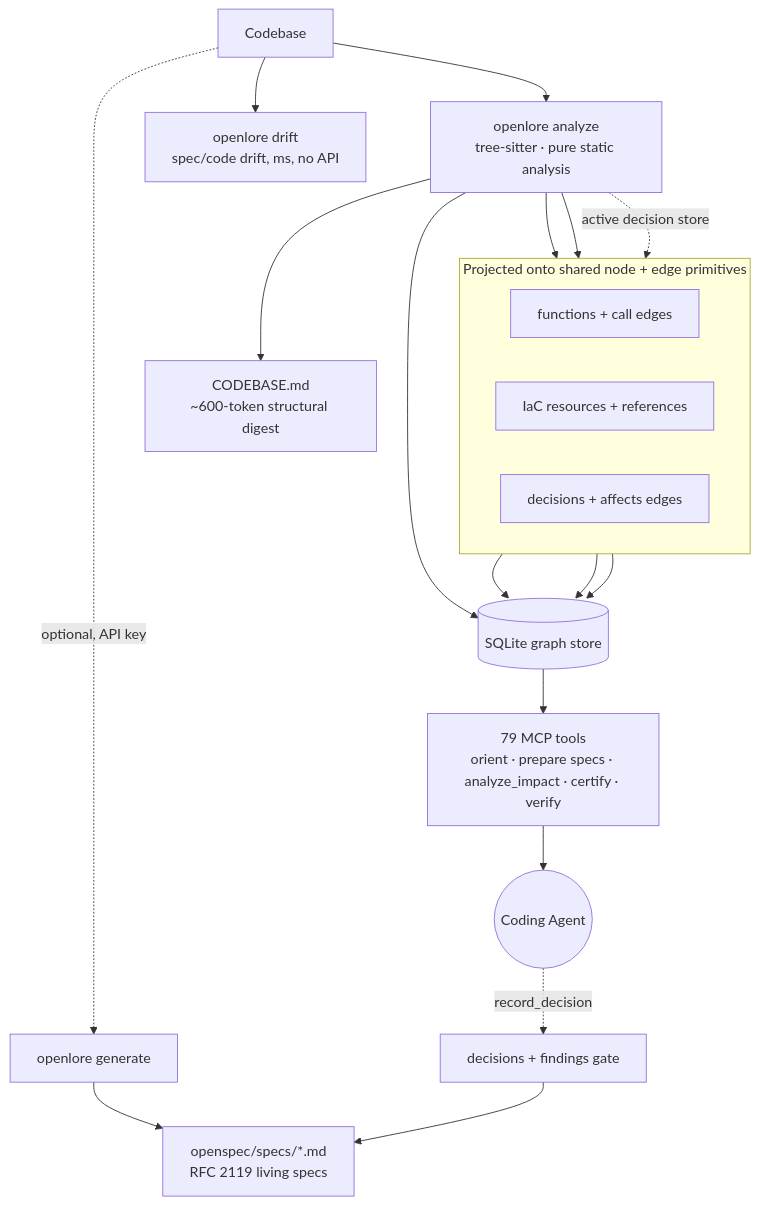
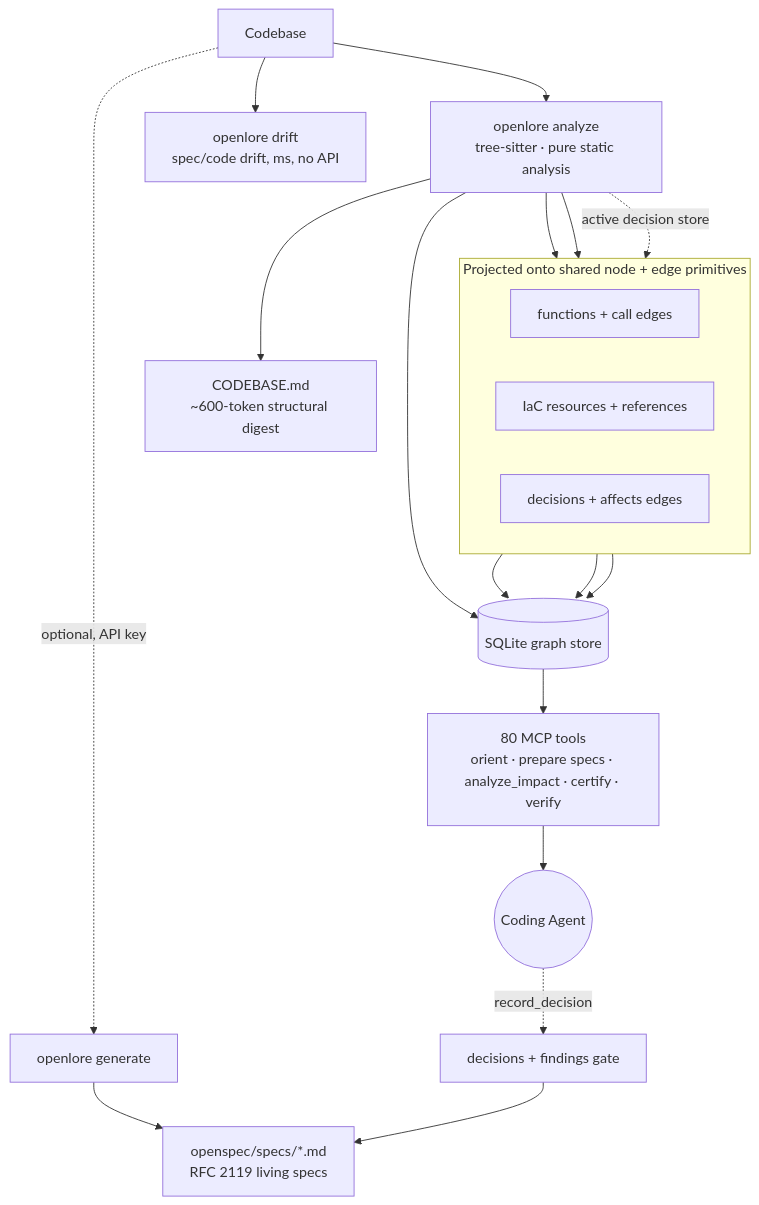
Before and after one commit to clay-good/OpenLore: the diagram in README.md, drawn with Mermaid. The commit also changed other lines of this file and 19 other files, not shown here.

````diff
--- a/README.md
+++ b/README.md
@@ -299,28 +299,28 @@
 ```mermaid
 flowchart TD
     Code[Codebase] --> Analyze[openlore analyze<br/>tree-sitter · pure static analysis]
     Analyze --> DB[(SQLite graph store)]
     Analyze --> Digest[CODEBASE.md<br/>~600-token structural digest]
 
     subgraph shared["Projected onto shared node + edge primitives"]
       direction LR
       CodeNodes[functions + call edges]
       Iac[IaC resources + references]
       Dec[decisions + affects edges]
     end
     Analyze --> CodeNodes
     Analyze --> Iac
     Analyze -. active decision store .-> Dec
     CodeNodes --> DB
     Iac --> DB
     Dec --> DB
 
-    DB --> MCP[79 MCP tools<br/>orient · prepare specs · analyze_impact · certify · verify]
+    DB --> MCP[80 MCP tools<br/>orient · prepare specs · analyze_impact · certify · verify]
     MCP --> Agent((Coding Agent))
 
     Code -. optional, API key .-> Gen[openlore generate]
     Gen --> Specs[openspec/specs/*.md<br/>RFC 2119 living specs]
     Code --> Drift[openlore drift<br/>spec/code drift, ms, no API]
     Agent -. record_decision .-> Gate[decisions + findings gate]
     Gate --> Specs
 ```
````
